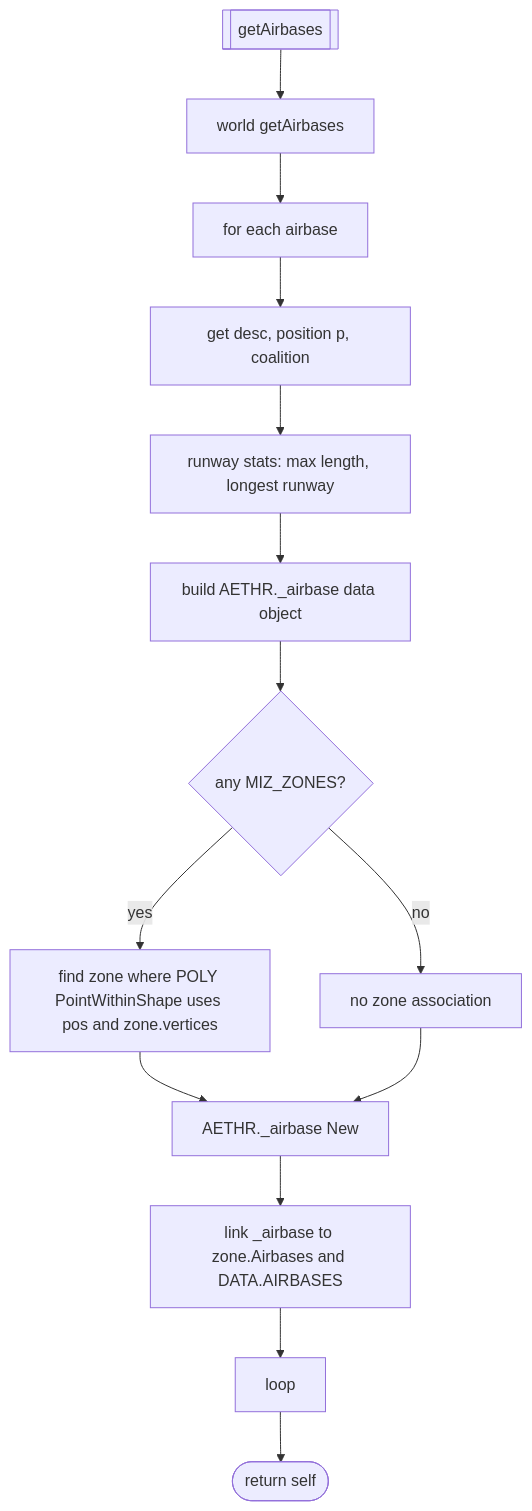
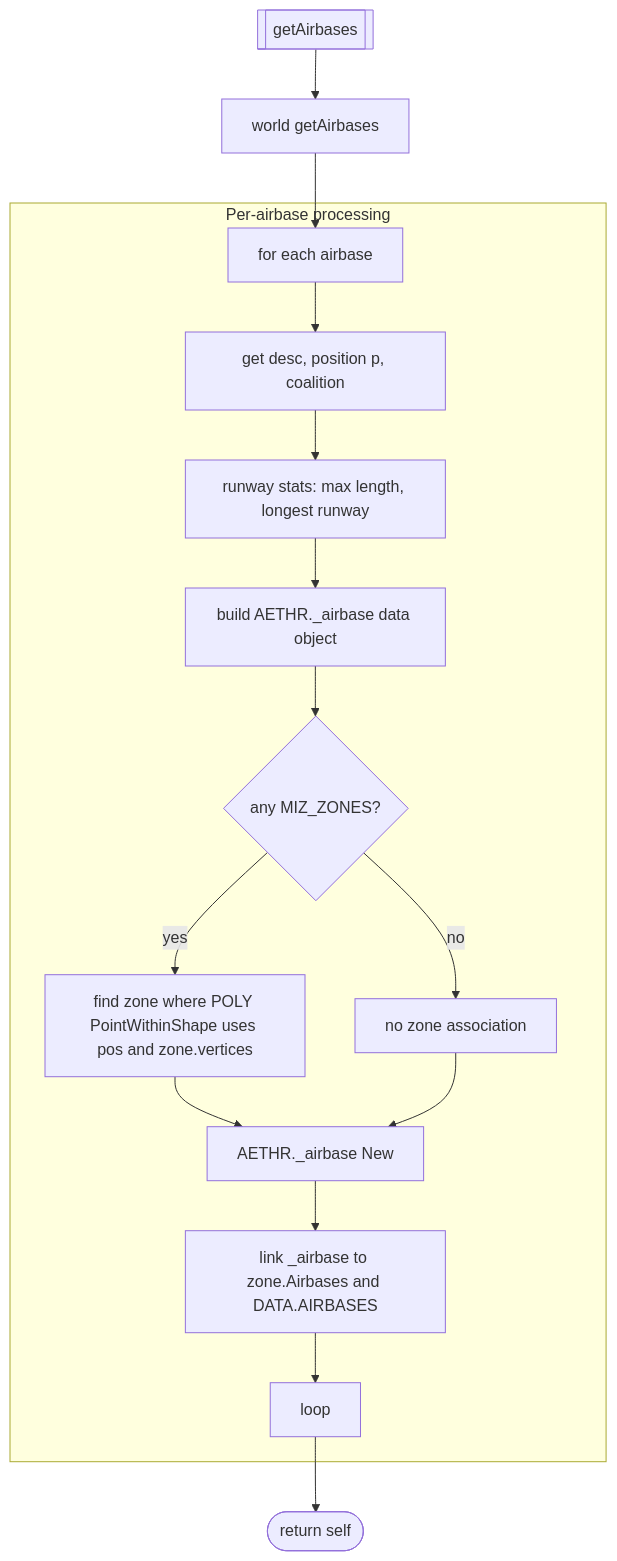
One commit to Gh0st352/AETHR changed the fifth of 6 diagrams in docs/world/initialization.md. Above: the diagram before and after it, drawn with Mermaid. The commit also changed other lines of this file and 7 other files, not shown here.

First line of the commit message:
docs(world, mermaid): normalize headings and standardize Mermaid diagrams

````diff
--- a/docs/world/initialization.md
+++ b/docs/world/initialization.md
@@ -86,16 +107,24 @@
 ```mermaid
+%% shared theme: docs/_mermaid/theme.json %%
 flowchart TD
   GA[[getAirbases]] --> Q[world getAirbases]
   Q --> L[for each airbase]
-  L --> D[get desc, position p, coalition]
-  D --> RT[runway stats: max length, longest runway]
-  RT --> ASSIGN[build AETHR._airbase data object]
-  ASSIGN --> ZCHK{any MIZ_ZONES?}
-  ZCHK -- yes --> INZ[find zone where POLY PointWithinShape uses pos and zone.vertices]
-  ZCHK -- no --> SKIPZ[no zone association]
-  INZ --> CREATE[AETHR._airbase New]
-  SKIPZ --> CREATE
-  CREATE --> LINK[link _airbase to zone.Airbases and DATA.AIRBASES]
-  LINK --> NEXT[loop]
+  subgraph "Per-airbase processing"
+    L --> D[get desc, position p, coalition]
+    D --> RT[runway stats: max length, longest runway]
+    RT --> ASSIGN[build AETHR._airbase data object]
+    ASSIGN --> ZCHK{any MIZ_ZONES?}
+    ZCHK -- "yes" --> INZ[find zone where POLY PointWithinShape uses pos and zone.vertices]
+    ZCHK -- "no" --> SKIPZ[no zone association]
+    INZ --> CREATE[AETHR._airbase New]
+    SKIPZ --> CREATE
+    CREATE --> LINK[link _airbase to zone.Airbases and DATA.AIRBASES]
+    LINK --> NEXT[loop]
+  end
   NEXT --> RET([return self])
+
+  class ZCHK class_decision;
+  class RET class_result;
+  class GA,Q,L,D,RT,INZ,SKIPZ,LINK,NEXT class_step;
+  class ASSIGN,CREATE class_data;
 ```
````
